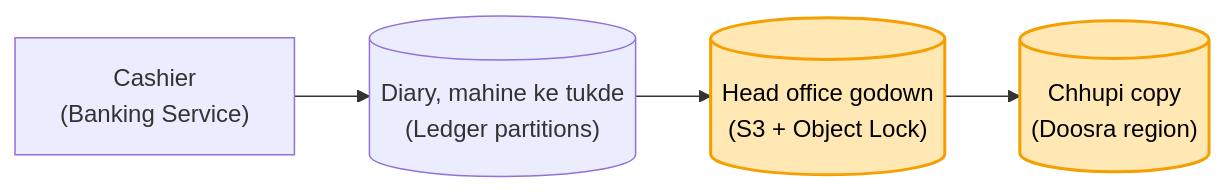
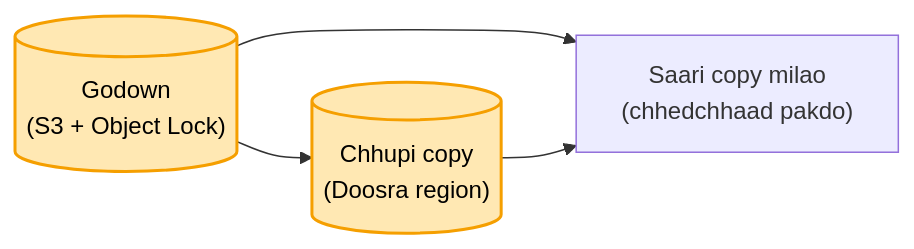
One commit to ArpanMaheshwari144/Prep changed diagram 13 of 13 in 04_HLD/SYSTEM_DESIGNS/13_banking_system/13_banking_system.md. Above: the diagram before and after it, drawn with Mermaid. The commit also changed other lines of this file and 17 other files, not shown here.

Commit message:
HLD: 17 main files hand notes se milaye (har block alag section, kahani + asli naam, mermaid), technical naam bhi rakhe

````diff
--- a/04_HLD/SYSTEM_DESIGNS/13_banking_system/13_banking_system.md
+++ b/04_HLD/SYSTEM_DESIGNS/13_banking_system/13_banking_system.md
@@ -169,8 +256,8 @@
 ```mermaid
 flowchart LR
-    C["Cashier<br/>(Banking Service)"] --> R[("Diary, mahine ke tukde<br/>(Ledger partitions)")]
-    R --> H[("Head office godown<br/>(S3 + Object Lock)")]
-    H --> X[("Chhupi copy<br/>(Doosra region)")]
+    H[("Godown<br/>(S3 + Object Lock)")] --> X[("Chhupi copy<br/>(Doosra region)")]
+    H --> M["Saari copy milao<br/>(chhedchhaad pakdo)"]
+    X --> M
     style H fill:#ffe8b3,stroke:#f59f00,stroke-width:2px,color:#000
     style X fill:#ffe8b3,stroke:#f59f00,stroke-width:2px,color:#000
 ```
````
